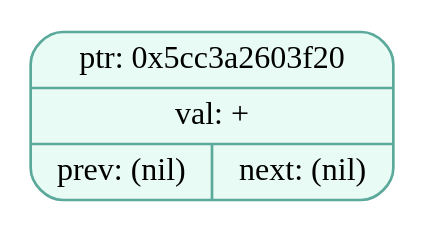
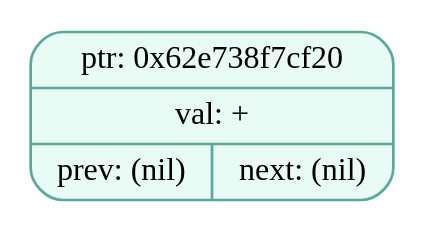
Before and after one commit to EvilTomato9890/Difference: the diagram in dumps/tree_dump_000.dot, drawn with Graphviz. The commit also changed 37 other files, not shown here.

```diff
--- a/dumps/tree_dump_000.dot
+++ b/dumps/tree_dump_000.dot
@@ -1,5 +1,5 @@
 digraph T{
   node [fontname="Fira Mono",shape=record,style="filled,rounded",fontsize=12];
   graph [splines=true, nodesep=0.6, ranksep=0.6];
-  node_0x5cc3a2603f20[shape=record,label="{ {ptr: 0x5cc3a2603f20} | {val: +} | { prev: (nil) | next: (nil) } }",color="#5aa99b",fillcolor="#e9fbf5"];
+  node_0x62e738f7cf20[shape=record,label="{ {ptr: 0x62e738f7cf20} | {val: +} | { prev: (nil) | next: (nil) } }",color="#5aa99b",fillcolor="#e9fbf5"];
 }
```
